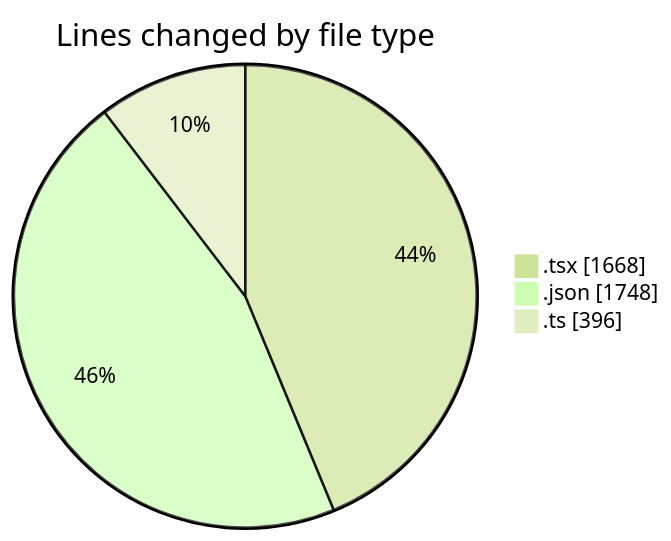
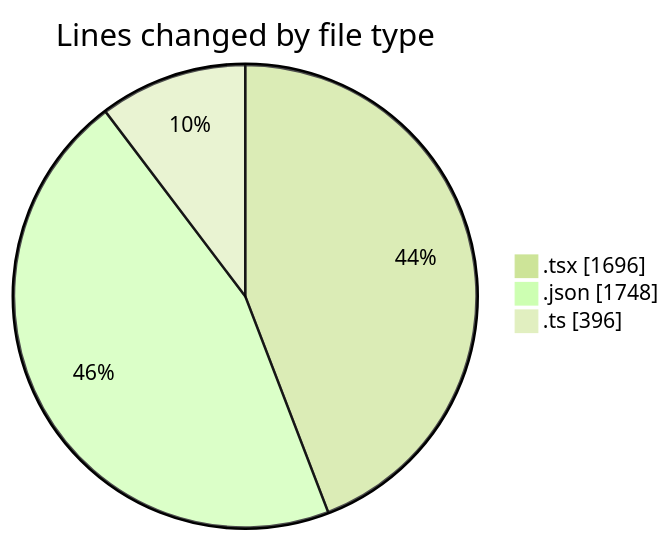
One commit to julien-gomy/code-tracking changed the first of 2 diagrams in 2025-10-30/eventscop-frontend-guide__workspace_/README.md. Above: the diagram before and after it, drawn with Mermaid (forest theme). The commit also changed other lines of this file and 1 other file, not shown here.

````diff
--- a/2025-10-30/eventscop-frontend-guide__workspace_/README.md
+++ b/2025-10-30/eventscop-frontend-guide__workspace_/README.md
@@ -34,7 +34,7 @@
 ```mermaid
 pie showData
 title Lines changed by file type
-".tsx" : 1668
+".tsx" : 1696
 ".json" : 1748
 ".ts" : 396
 ```
````
